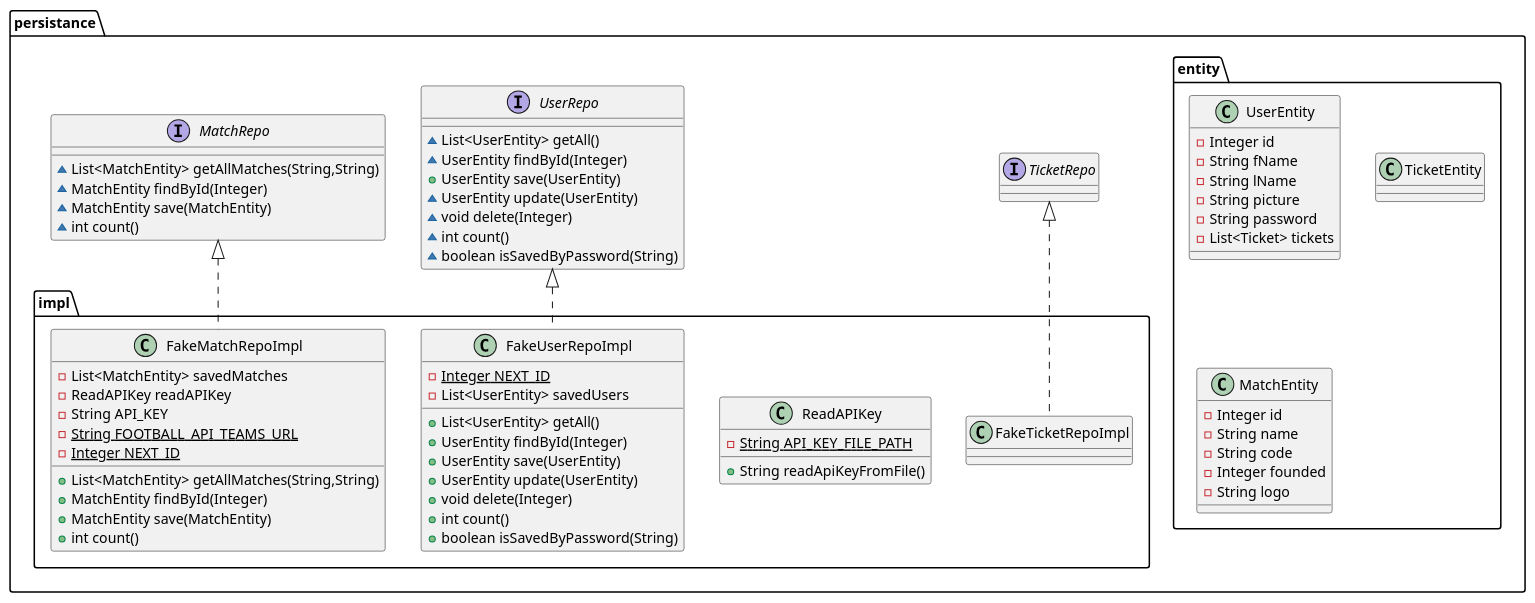
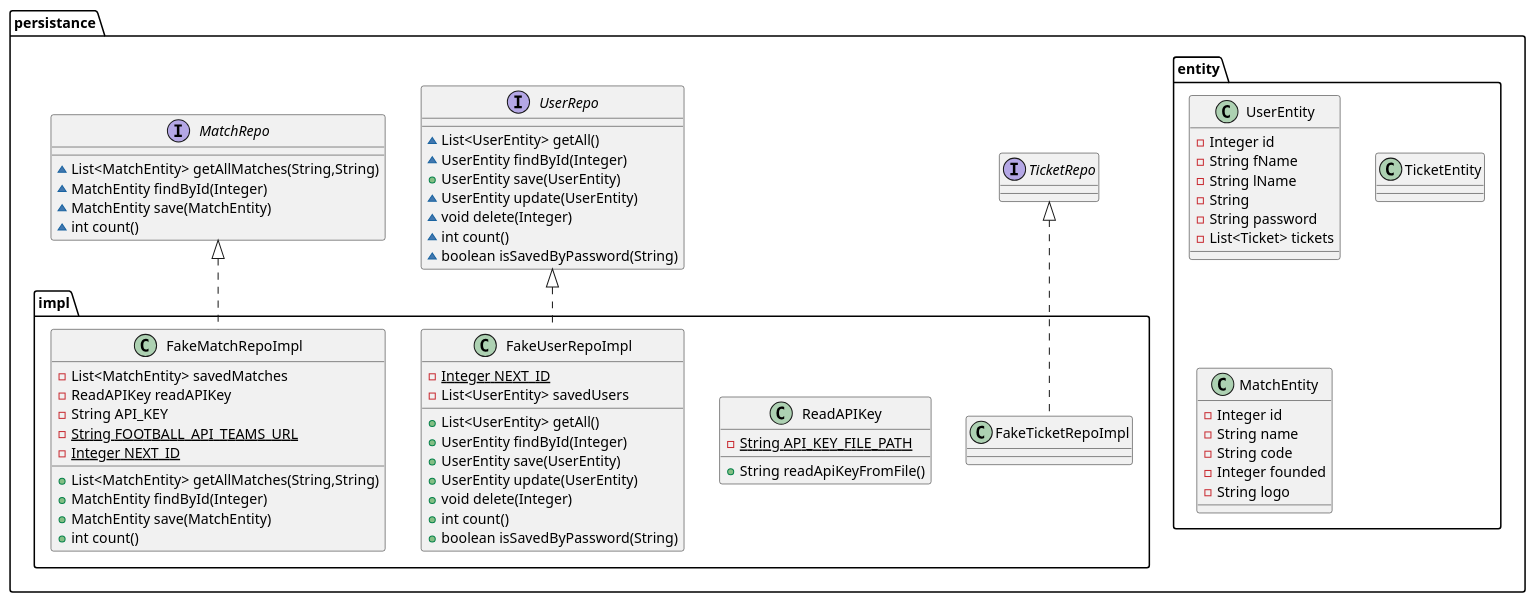
Before and after one commit to nazim117/Individual-Back-end: the diagram in documents/persistance-c4.puml, drawn with PlantUML. The commit also changed 29 other files, not shown here.

```diff
--- a/documents/persistance-c4.puml
+++ b/documents/persistance-c4.puml
@@ -1,79 +1,79 @@
 @startuml
 class persistance.entity.UserEntity {
 - Integer id
 - String fName
 - String lName
-- String picture
+- String
 - String password
 - List<Ticket> tickets
 }
 
 interface persistance.TicketRepo {
 }
 class persistance.impl.FakeTicketRepoImpl {
 }
 class persistance.impl.ReadAPIKey {
 - {static} String API_KEY_FILE_PATH
 + String readApiKeyFromFile()
 }
 
 
 interface persistance.UserRepo {
 ~ List<UserEntity> getAll()
 ~ UserEntity findById(Integer)
 + UserEntity save(UserEntity)
 ~ UserEntity update(UserEntity)
 ~ void delete(Integer)
 ~ int count()
 ~ boolean isSavedByPassword(String)
 }
 
 class persistance.impl.FakeMatchRepoImpl {
 - List<MatchEntity> savedMatches
 - ReadAPIKey readAPIKey
 - String API_KEY
 - {static} String FOOTBALL_API_TEAMS_URL
 - {static} Integer NEXT_ID
 + List<MatchEntity> getAllMatches(String,String)
 + MatchEntity findById(Integer)
 + MatchEntity save(MatchEntity)
 + int count()
 }
 
 
 class persistance.entity.TicketEntity {
 }
 interface persistance.MatchRepo {
 ~ List<MatchEntity> getAllMatches(String,String)
 ~ MatchEntity findById(Integer)
 ~ MatchEntity save(MatchEntity)
 ~ int count()
 }
 
 class persistance.impl.FakeUserRepoImpl {
 - {static} Integer NEXT_ID
 - List<UserEntity> savedUsers
 + List<UserEntity> getAll()
 + UserEntity findById(Integer)
 + UserEntity save(UserEntity)
 + UserEntity update(UserEntity)
 + void delete(Integer)
 + int count()
 + boolean isSavedByPassword(String)
 }
 
 
 class persistance.entity.MatchEntity {
 - Integer id
 - String name
 - String code
 - Integer founded
 - String logo
 }
 
 
 
 persistance.TicketRepo <|.. persistance.impl.FakeTicketRepoImpl
 persistance.MatchRepo <|.. persistance.impl.FakeMatchRepoImpl
 persistance.UserRepo <|.. persistance.impl.FakeUserRepoImpl
 @enduml
```
